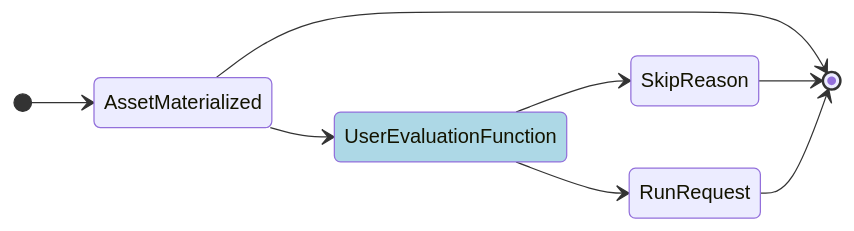
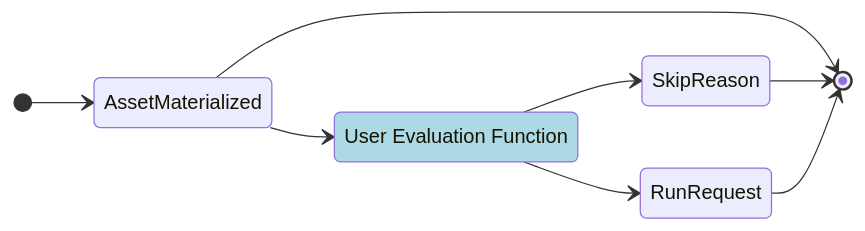
The second of 2 diagrams in docs/docs-beta/docs/guides/automation/asset-sensors.md (dagster-io/dagster), drawn with Mermaid before and after one commit.

Commit message:
[docs-beta] add spaces to user defined state in mermaid diagram

````diff
--- a/docs/docs-beta/docs/guides/automation/asset-sensors.md
+++ b/docs/docs-beta/docs/guides/automation/asset-sensors.md
@@ -50,18 +50,17 @@
 ```mermaid
 stateDiagram-v2
     direction LR
 
-
+    classDef userDefined fill: lightblue
 
     [*] --> AssetMaterialized
     AssetMaterialized --> [*]
 
-    AssetMaterialized --> UserEvaluationFunction
+    AssetMaterialized --> UserEvaluationFunction:::userDefined
+    UserEvaluationFunction: User Evaluation Function
+
     UserEvaluationFunction --> RunRequest
     UserEvaluationFunction --> SkipReason
     SkipReason --> [*]
     RunRequest --> [*]
-
-    class UserEvaluationFunction userDefined
-    classDef userDefined fill: lightblue
 ```
````
